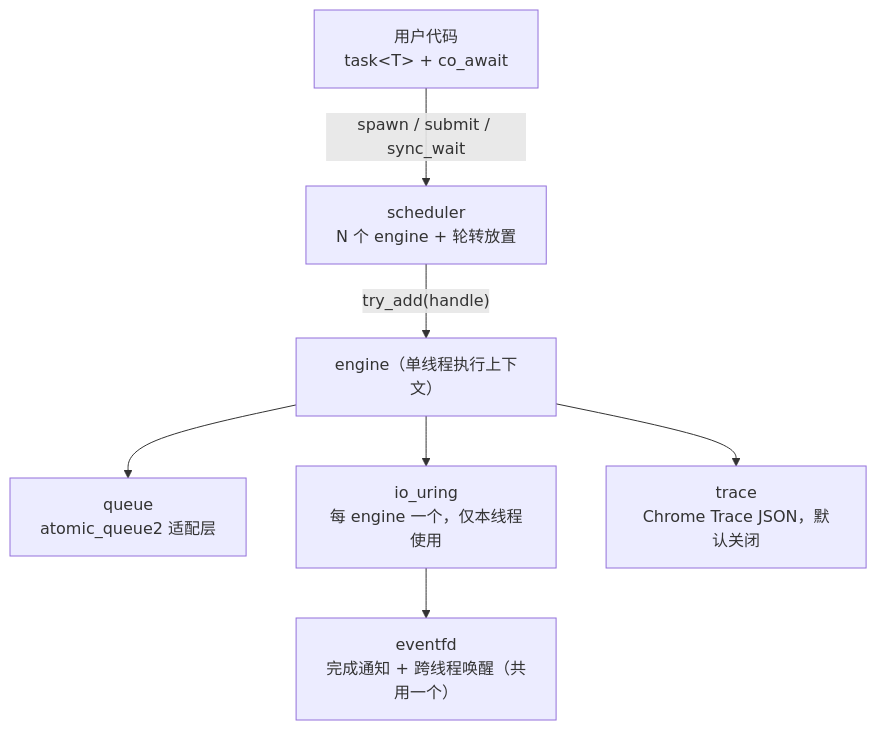
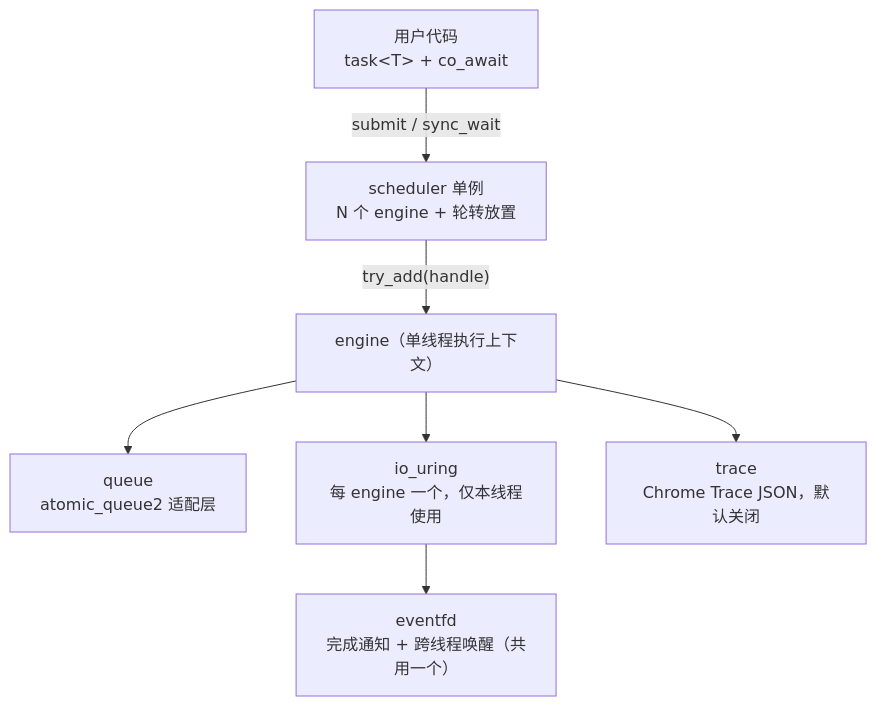
Before and after one commit to Fux-i/llco: the diagram in docs/architecture.md, drawn with Mermaid. The commit also changed other lines of this file and 17 other files, not shown here.

````diff
--- a/docs/architecture.md
+++ b/docs/architecture.md
@@ -24,9 +24,9 @@
 ```mermaid
 flowchart TB
-  U["用户代码<br/>task&lt;T&gt; + co_await"] -->|"spawn / submit / sync_wait"| S["scheduler<br/>N 个 engine + 轮转放置"]
+  U["用户代码<br/>task&lt;T&gt; + co_await"] -->|"submit / sync_wait"| S["scheduler 单例<br/>N 个 engine + 轮转放置"]
   S -->|"try_add(handle)"| E["engine（单线程执行上下文）"]
   E --> Q["queue<br/>atomic_queue2 适配层"]
   E --> R["io_uring<br/>每 engine 一个，仅本线程使用"]
   R --> F["eventfd<br/>完成通知 + 跨线程唤醒（共用一个）"]
   E --> T["trace<br/>Chrome Trace JSON，默认关闭"]
 ```
````
